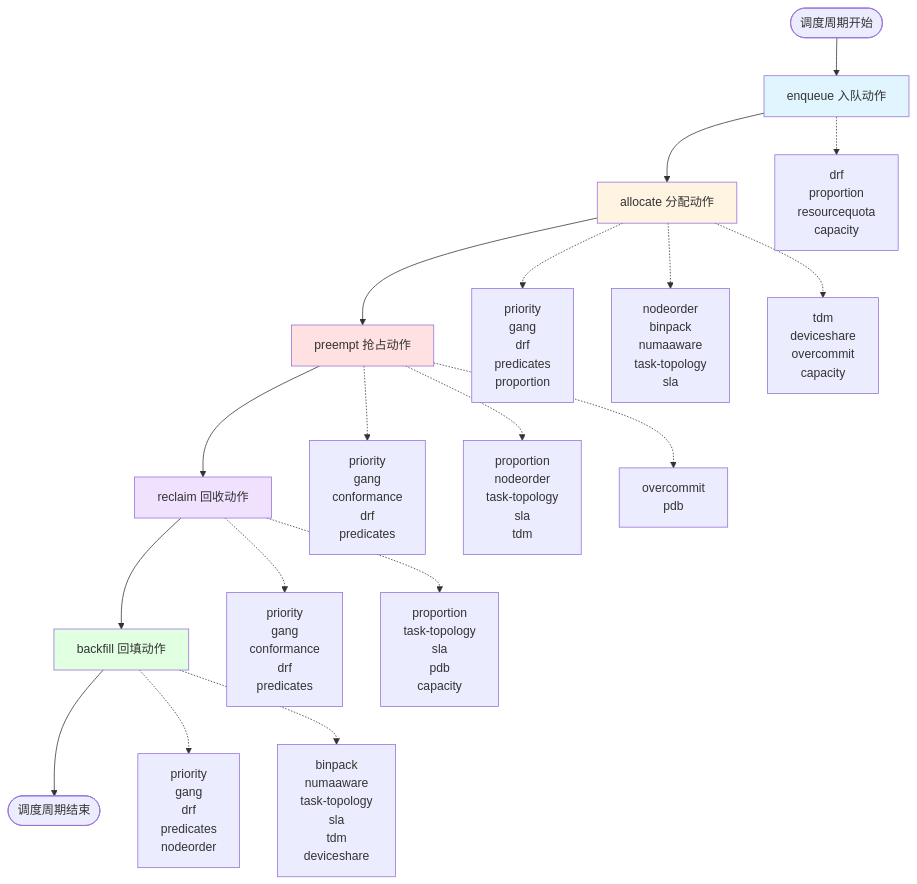
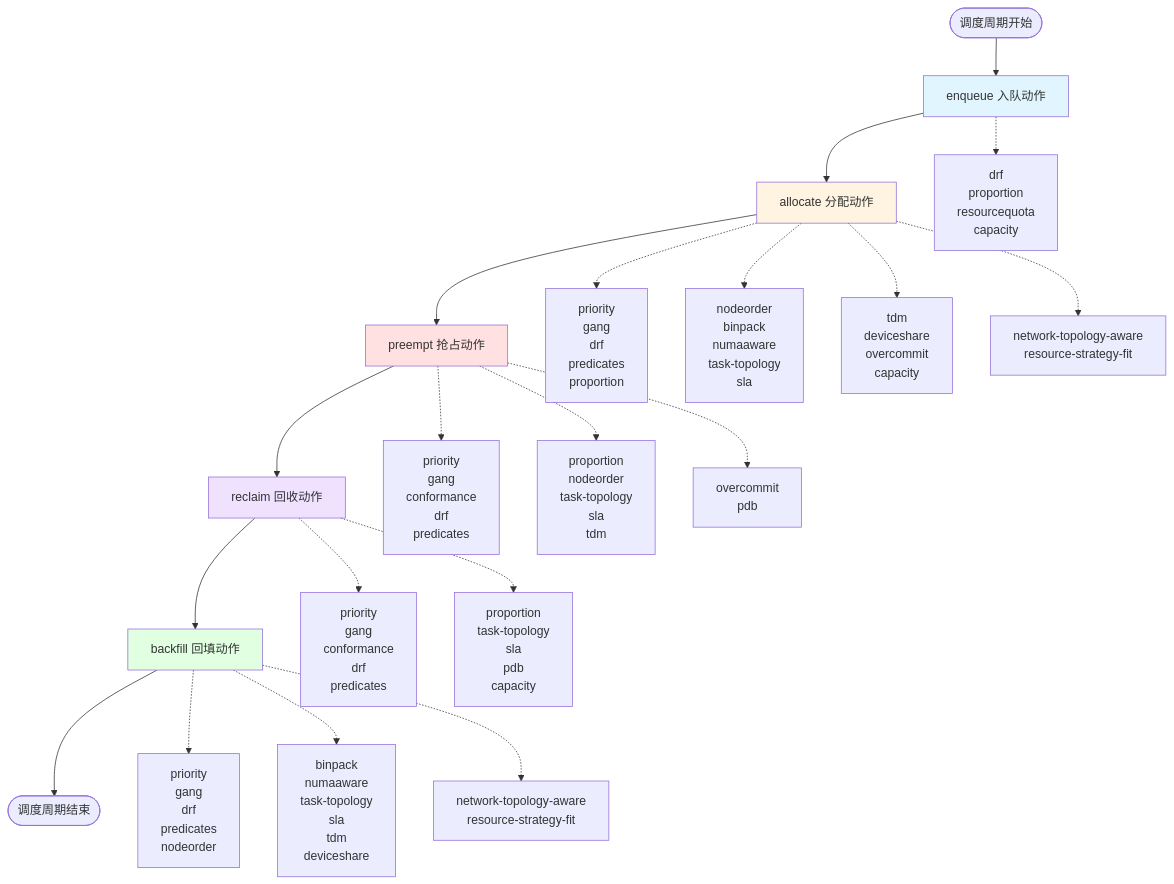
The diagram in docs/docs/2000-云原生/400-Volcano/200-Volcano Actions&Plugins/200-Volcano Actions&Plugins.md (gqcn/johns-blog), drawn with Mermaid before and after one commit. The commit also changed other lines of this file, not shown here.

````diff
--- a/docs/docs/2000-云原生/400-Volcano/200-Volcano Actions&Plugins/200-Volcano Actions&Plugins.md
+++ b/docs/docs/2000-云原生/400-Volcano/200-Volcano Actions&Plugins/200-Volcano Actions&Plugins.md
@@ -39,31 +39,33 @@
 ```mermaid
 graph TB
     Start([调度周期开始]) --> Enqueue[enqueue 入队动作]
     Enqueue --> Allocate[allocate 分配动作]
     Allocate --> Preempt[preempt 抢占动作]
     Preempt --> Reclaim[reclaim 回收动作]
     Reclaim --> Backfill[backfill 回填动作]
     Backfill --> End([调度周期结束])
 
     Enqueue -.-> E1[drf<br/>proportion<br/>resourcequota<br/>capacity]
     
     Allocate -.-> A1[priority<br/>gang<br/>drf<br/>predicates<br/>proportion]
     Allocate -.-> A2[nodeorder<br/>binpack<br/>numaaware<br/>task-topology<br/>sla]
     Allocate -.-> A3[tdm<br/>deviceshare<br/>overcommit<br/>capacity]
+    Allocate -.-> A4[network-topology-aware<br/>resource-strategy-fit]
     
     Preempt -.-> P1[priority<br/>gang<br/>conformance<br/>drf<br/>predicates]
     Preempt -.-> P2[proportion<br/>nodeorder<br/>task-topology<br/>sla<br/>tdm]
     Preempt -.-> P3[overcommit<br/>pdb]
     
     Reclaim -.-> R1[priority<br/>gang<br/>conformance<br/>drf<br/>predicates]
     Reclaim -.-> R2[proportion<br/>task-topology<br/>sla<br/>pdb<br/>capacity]
     
     Backfill -.-> B1[priority<br/>gang<br/>drf<br/>predicates<br/>nodeorder]
     Backfill -.-> B2[binpack<br/>numaaware<br/>task-topology<br/>sla<br/>tdm<br/>deviceshare]
+    Backfill -.-> B3[network-topology-aware<br/>resource-strategy-fit]
 
     style Enqueue fill:#e1f5ff
     style Allocate fill:#fff4e1
     style Preempt fill:#ffe1e1
     style Reclaim fill:#f0e1ff
     style Backfill fill:#e1ffe1
 ```
````
